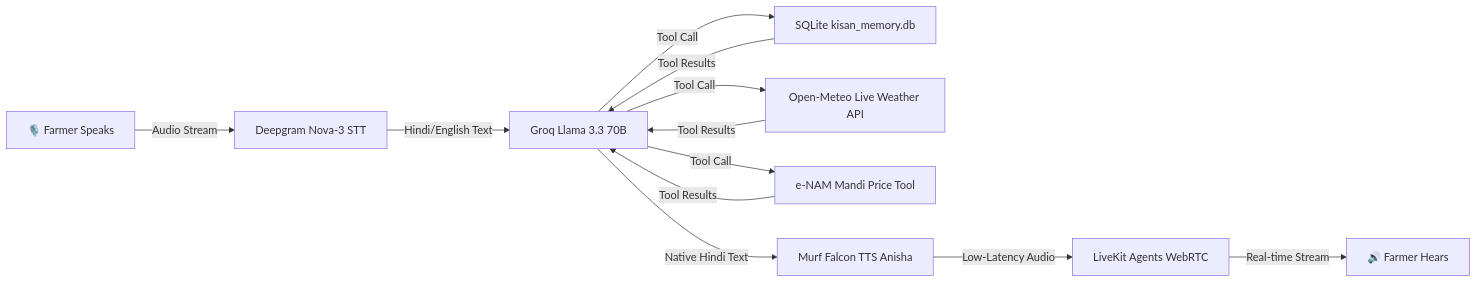
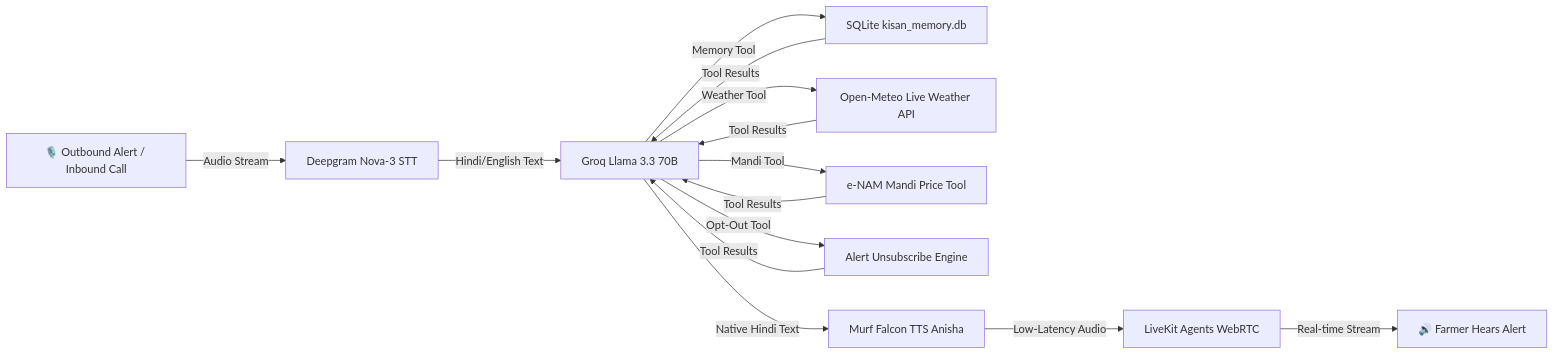
Before and after one commit to Aaddii17/murf-livekit-starter: the diagram in README.md, drawn with Mermaid. The commit also changed other lines of this file and 1 other file, not shown here.

Commit message:
Update Day 6 README documentation and MP4 conversion setup

````diff
--- a/README.md
+++ b/README.md
@@ -25,12 +27,13 @@
 ```mermaid
 flowchart LR
-    A[🎙️ Farmer Speaks] -->|Audio Stream| B[Deepgram Nova-3 STT]
+    A[🎙️ Outbound Alert / Inbound Call] -->|Audio Stream| B[Deepgram Nova-3 STT]
     B -->|Hindi/English Text| C[Groq Llama 3.3 70B]
-    C -->|Tool Call| D1[SQLite kisan_memory.db]
-    C -->|Tool Call| D2[Open-Meteo Live Weather API]
-    C -->|Tool Call| D3[e-NAM Mandi Price Tool]
-    D1 & D2 & D3 -->|Tool Results| C
+    C -->|Memory Tool| D1[SQLite kisan_memory.db]
+    C -->|Weather Tool| D2[Open-Meteo Live Weather API]
+    C -->|Mandi Tool| D3[e-NAM Mandi Price Tool]
+    C -->|Opt-Out Tool| D4[Alert Unsubscribe Engine]
+    D1 & D2 & D3 & D4 -->|Tool Results| C
     C -->|Native Hindi Text| E[Murf Falcon TTS Anisha]
     E -->|Low-Latency Audio| F[LiveKit Agents WebRTC]
-    F -->|Real-time Stream| G[🔊 Farmer Hears]
+    F -->|Real-time Stream| G[🔊 Farmer Hears Alert]
 ```
````
